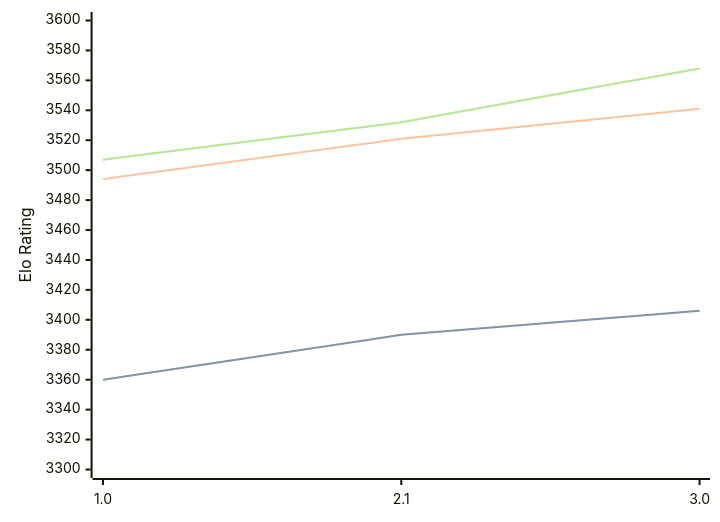
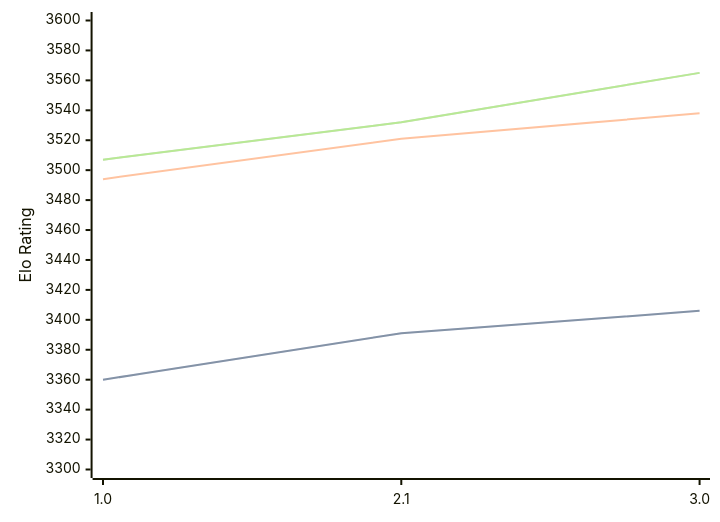
One commit to computer-chess-index/cci changed the diagram in engines/Hobbes.md. Above: the diagram before and after it, drawn with Mermaid. The commit also changed other lines of this file, not shown here.

Commit message:
Update CCI Ratings (ELO VLTC) - 2026-07-28

````diff
--- a/engines/Hobbes.md
+++ b/engines/Hobbes.md
@@ -34,11 +34,11 @@
 ```mermaid
 %%{init: {"theme":"base","themeVariables":{"seriesColors:['#a3a3a3','#222221','#faa371']}}}%%
 xychart-beta
   x-axis ["1.0", "2.1", "3.0"]
   y-axis "Elo Rating" 3300 --> 3600
-  line "STC (8.0+0.08s)" [3360, 3390, 3406]
-  line "STC (8.0+0.08s)" [3360, 3390, 3406]
-  line "LTC (60.0+0.60s)" [3494, 3521, 3541]
-  line "VLTC (2m24s+1.12s)" [3507, 3532, 3568]
-  line "VLTC (2m24s+1.12s)" [3507, 3532, 3568]
+  line "STC (8.0+0.08s)" [3360, 3391, 3406]
+  line "STC (8.0+0.08s)" [3360, 3391, 3406]
+  line "LTC (60.0+0.60s)" [3494, 3521, 3538]
+  line "VLTC (2m24s+1.12s)" [3507, 3532, 3565]
+  line "VLTC (2m24s+1.12s)" [3507, 3532, 3565]
 ```
````
